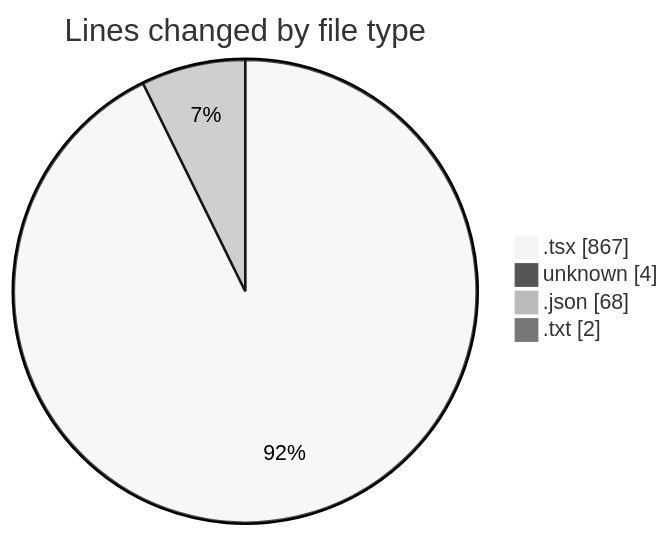
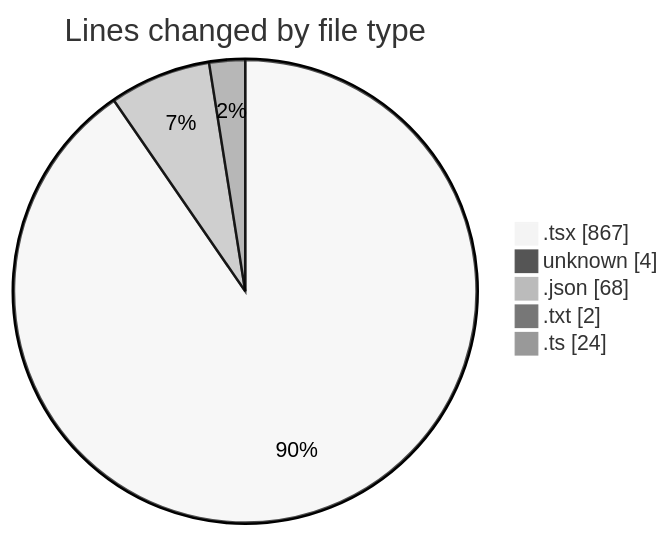
Before and after one commit to robertbonfada/code-tracking: the first of 2 diagrams in 2025-02-27/audiobooks-web/README.md, drawn with Mermaid (neutral theme). The commit also changed other lines of this file and 1 other file, not shown here.

````diff
--- a/2025-02-27/audiobooks-web/README.md
+++ b/2025-02-27/audiobooks-web/README.md
@@ -29,8 +30,9 @@
 ```mermaid
 pie showData
 title Lines changed by file type
 ".tsx" : 867
 "unknown" : 4
 ".json" : 68
 ".txt" : 2
+".ts" : 24
 ```
````
